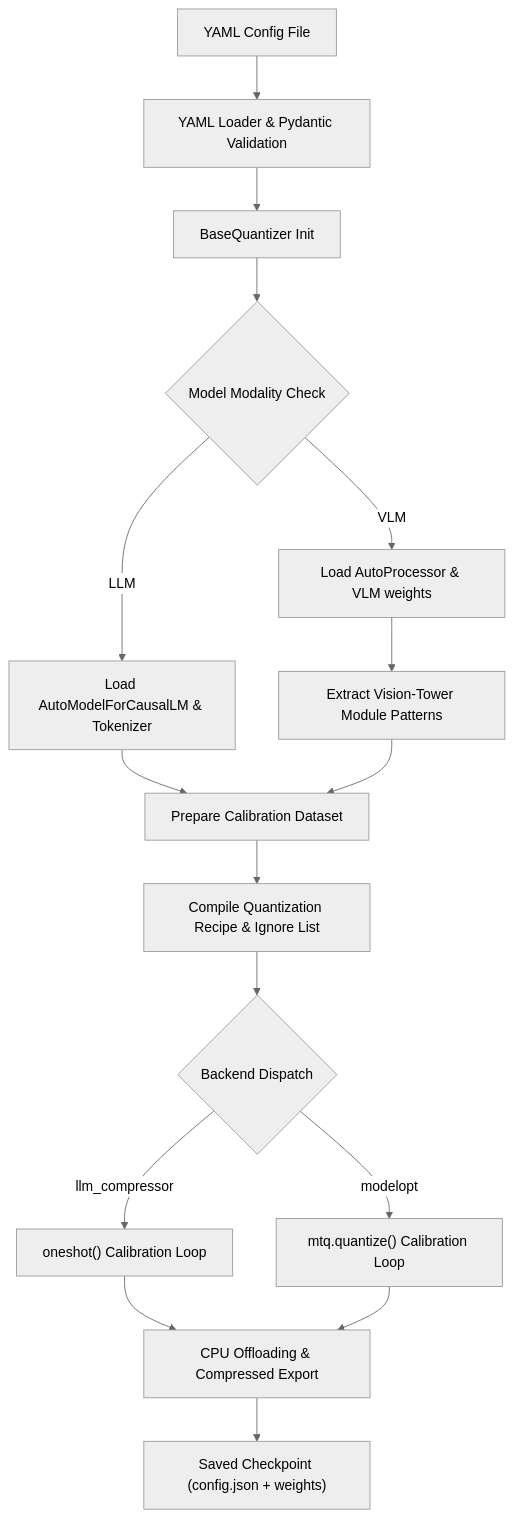
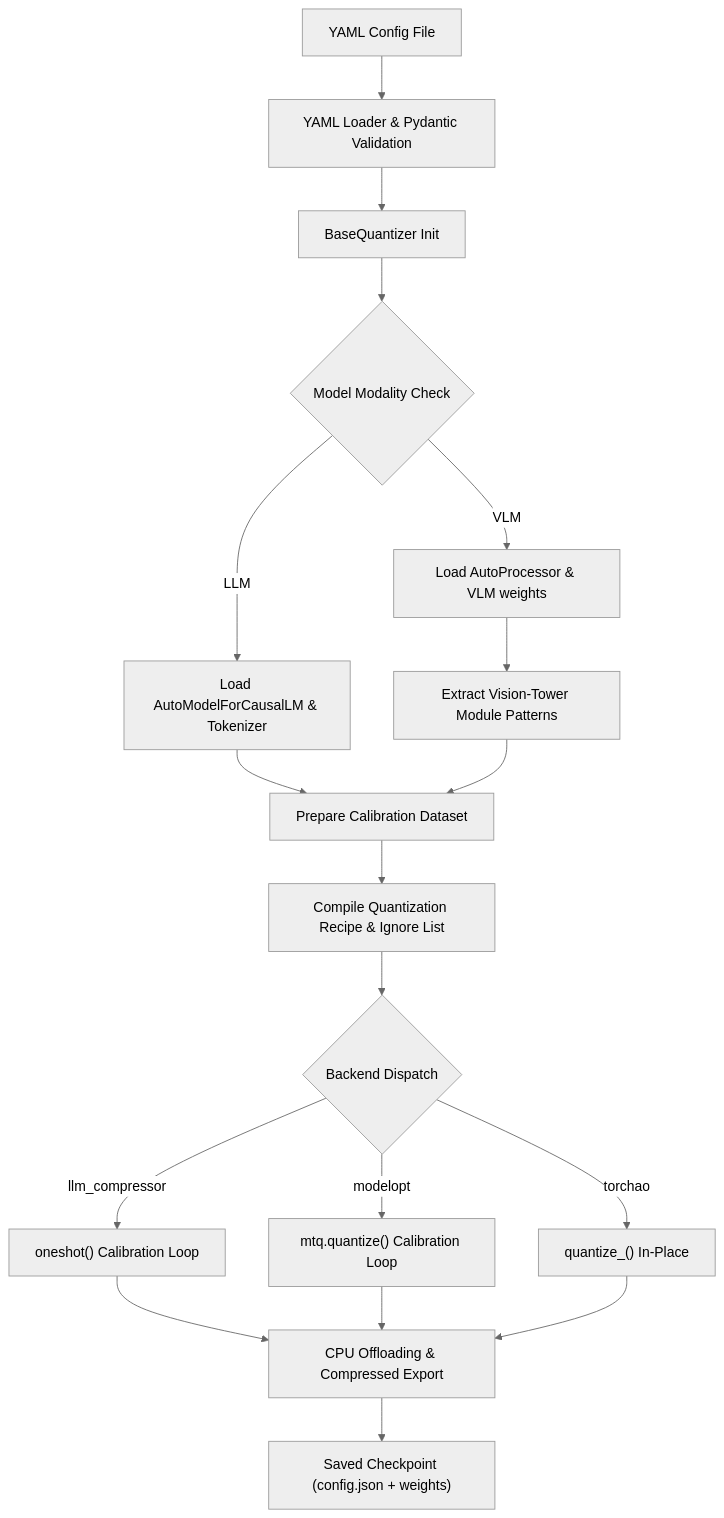
The first of 2 diagrams in README.md (ramprasathk07/TripleQuant-VLM), drawn with Mermaid (neutral theme) before and after one commit. The commit also changed other lines of this file and 1 other file, not shown here.

````diff
--- a/README.md
+++ b/README.md
@@ -27,18 +166,20 @@
 ```mermaid
 graph TD
     A["YAML Config File"] --> B["YAML Loader & Pydantic Validation"]
     B --> C["BaseQuantizer Init"]
     C --> D{"Model Modality Check"}
     D -- "LLM" --> E["Load AutoModelForCausalLM & Tokenizer"]
     D -- "VLM" --> F["Load AutoProcessor & VLM weights"]
     F --> G["Extract Vision-Tower Module Patterns"]
     E --> H["Prepare Calibration Dataset"]
     G --> H
     H --> I["Compile Quantization Recipe & Ignore List"]
     I --> J{"Backend Dispatch"}
     J -- "llm_compressor" --> K["oneshot() Calibration Loop"]
     J -- "modelopt" --> L["mtq.quantize() Calibration Loop"]
+    J -- "torchao" --> L2["quantize_() In-Place"]
     K --> M["CPU Offloading & Compressed Export"]
     L --> M
+    L2 --> M
     M --> N["Saved Checkpoint (config.json + weights)"]
 ```
````
